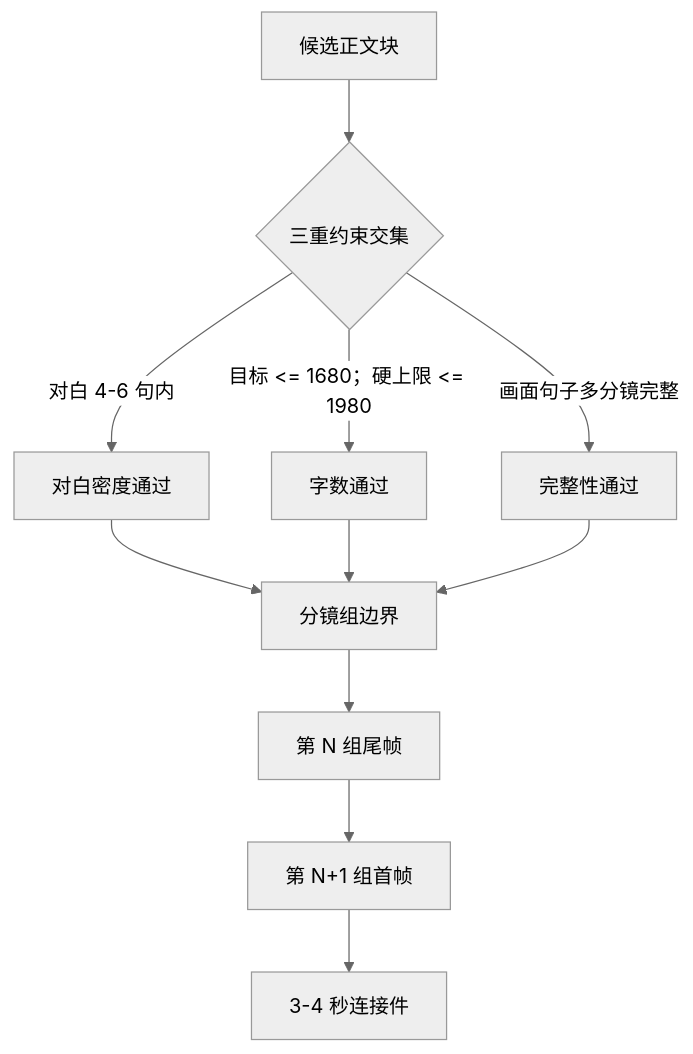
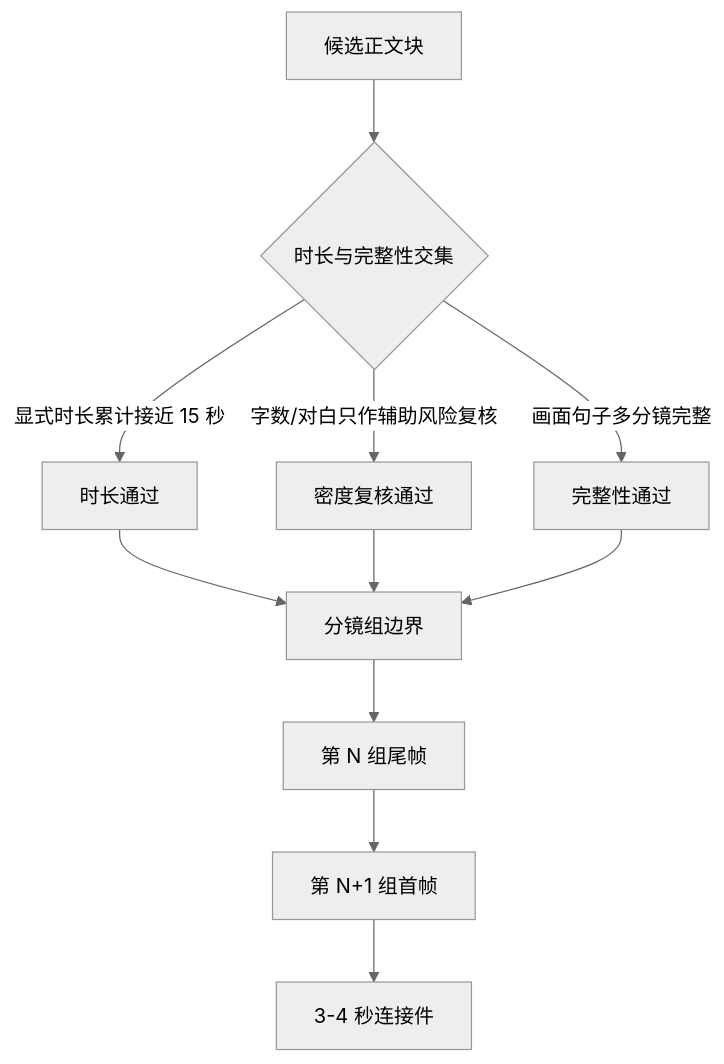
Before and after one commit to ZEN-VOID/AI-CUT: the second of 4 diagrams in .agents/skills/aigc/4-分组/SKILL.md, drawn with Mermaid (neutral theme). The commit also changed other lines of this file and 33 other files, not shown here.

````diff
--- a/.agents/skills/aigc/4-分组/SKILL.md
+++ b/.agents/skills/aigc/4-分组/SKILL.md
@@ -99,13 +99,13 @@
 ```mermaid
 flowchart TD
-    A["候选正文块"] --> B{"三重约束交集"}
-    B -->|"对白 4-6 句内"| C["对白密度通过"]
-    B -->|"目标 <= 1680；硬上限 <= 1980"| D["字数通过"]
+    A["候选正文块"] --> B{"时长与完整性交集"}
+    B -->|"显式时长累计接近 15 秒"| C["时长通过"]
+    B -->|"字数/对白只作辅助风险复核"| D["密度复核通过"]
     B -->|"画面句子多分镜完整"| E["完整性通过"]
     C --> F["分镜组边界"]
     D --> F
     E --> F
     F --> G["第 N 组尾帧"]
     G --> H["第 N+1 组首帧"]
     H --> I["3-4 秒连接件"]
 ```
````
